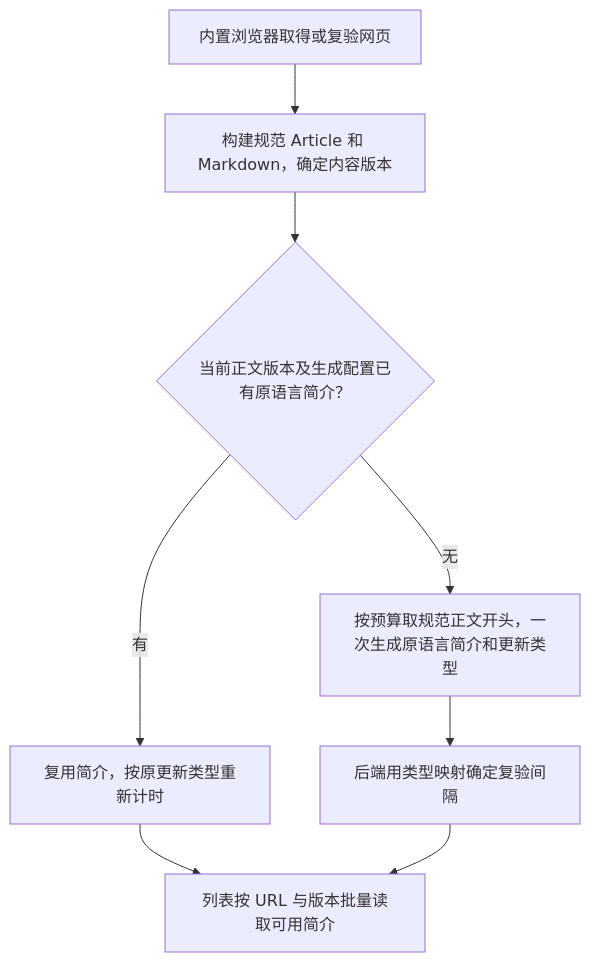
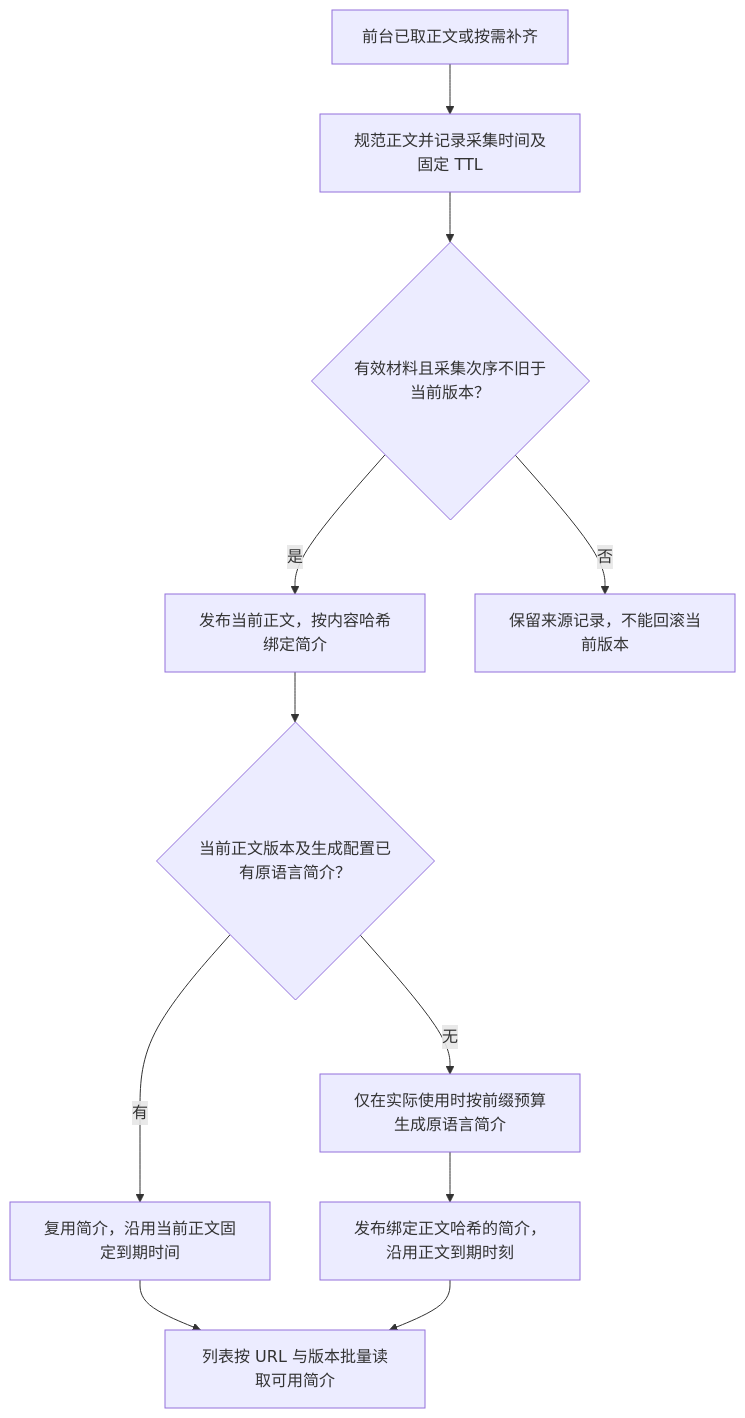
The second of 2 diagrams in docs/plan2/README.md (Minecodex/OpenAgentSearch), drawn with Mermaid before and after one commit. The commit also changed other lines of this file and 5 other files, not shown here.

````diff
--- a/docs/plan2/README.md
+++ b/docs/plan2/README.md
@@ -145,10 +175,13 @@
 ```mermaid
 flowchart TD
-    R["内置浏览器取得或复验网页"] --> M["构建规范 Article 和 Markdown，确定内容版本"]
-    M --> V{"当前正文版本及生成配置已有原语言简介？"}
-    V -->|有| U["复用简介，按原更新类型重新计时"]
-    V -->|无| G["按预算取规范正文开头，一次生成原语言简介和更新类型"]
-    G --> T["后端用类型映射确定复验间隔"]
+    R["前台已取正文或按需补齐"] --> M["规范正文并记录采集时间及固定 TTL"]
+    M --> C{"有效材料且采集次序不旧于当前版本？"}
+    C -->|是| N["发布当前正文，按内容哈希绑定简介"]
+    C -->|否| O["保留来源记录，不能回滚当前版本"]
+    N --> V{"当前正文版本及生成配置已有原语言简介？"}
+    V -->|有| U["复用简介，沿用当前正文固定到期时间"]
+    V -->|无| G["仅在实际使用时按前缀预算生成原语言简介"]
+    G --> T["发布绑定正文哈希的简介，沿用正文到期时刻"]
     U --> L["列表按 URL 与版本批量读取可用简介"]
     T --> L
 ```
````
